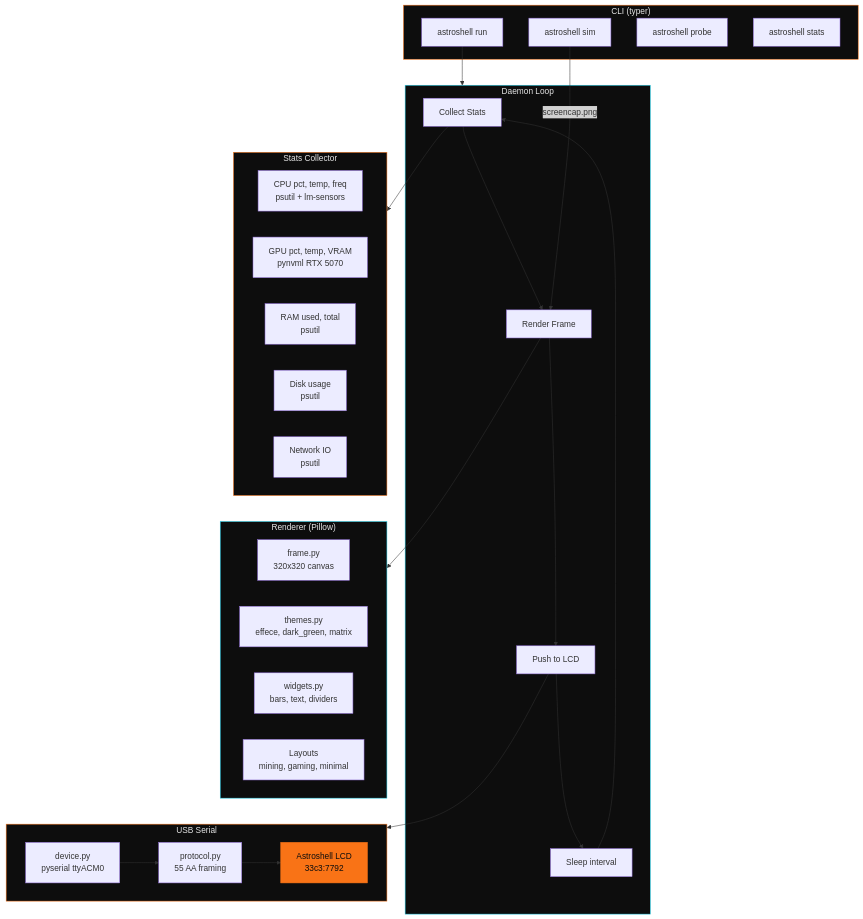
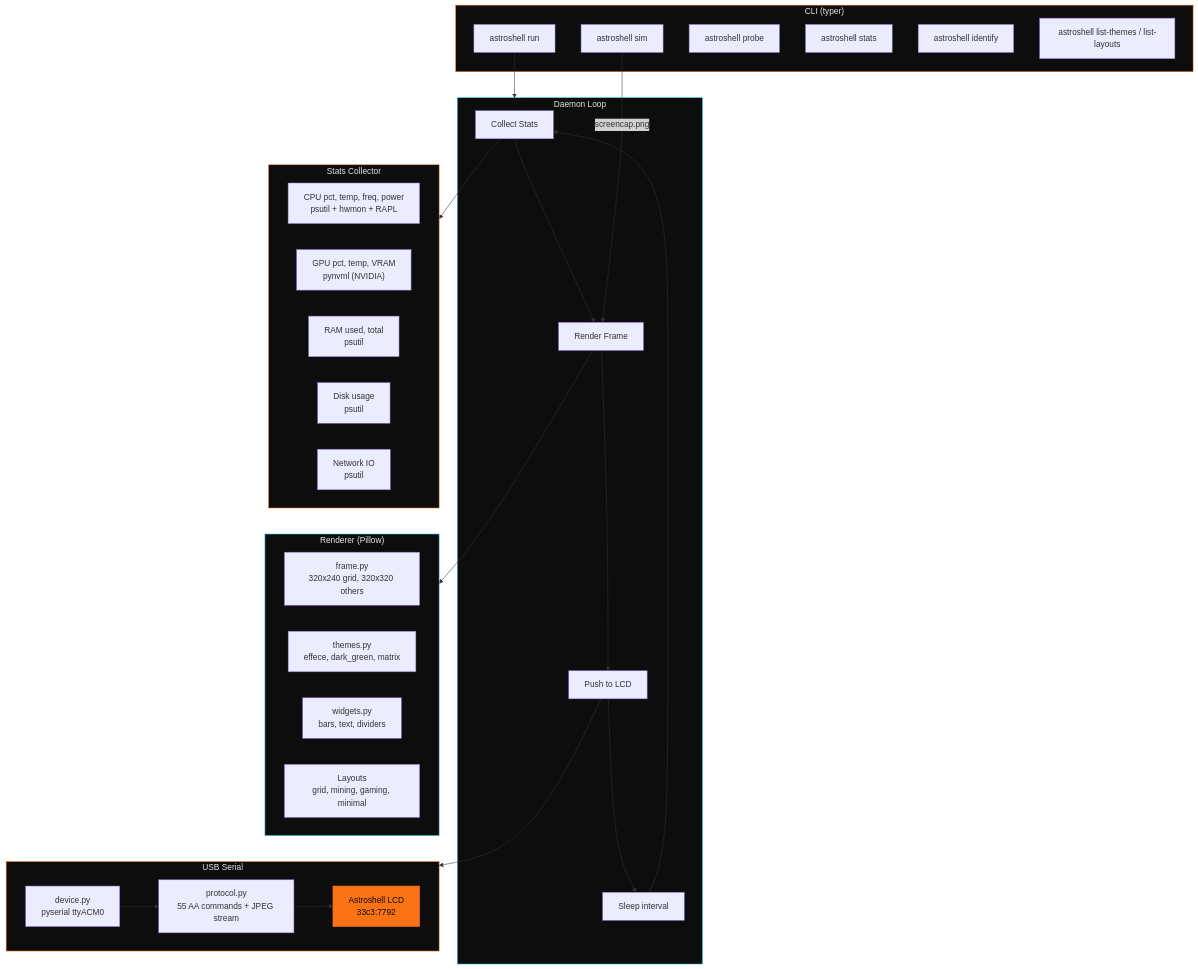
One commit to effecet/astroshell-lcd changed the diagram in docs/architecture.md. Above: the diagram before and after it, drawn with Mermaid. The commit also changed 7 other files, not shown here.

````diff
--- a/docs/architecture.md
+++ b/docs/architecture.md
@@ -3,52 +3,54 @@
 ```mermaid
 graph TD
     subgraph CLI["CLI (typer)"]
         RUN["astroshell run"]
         SIM["astroshell sim"]
         PROBE["astroshell probe"]
         STATS["astroshell stats"]
+        IDENT["astroshell identify"]
+        LIST["astroshell list-themes / list-layouts"]
     end
 
     subgraph DAEMON["Daemon Loop"]
         COLLECT["Collect Stats"]
         RENDER["Render Frame"]
         PUSH["Push to LCD"]
         SLEEP["Sleep interval"]
         COLLECT --> RENDER --> PUSH --> SLEEP --> COLLECT
     end
 
     subgraph STATS_LAYER["Stats Collector"]
-        CPU["CPU pct, temp, freq<br/>psutil + lm-sensors"]
-        GPU["GPU pct, temp, VRAM<br/>pynvml RTX 5070"]
+        CPU["CPU pct, temp, freq, power<br/>psutil + hwmon + RAPL"]
+        GPU["GPU pct, temp, VRAM<br/>pynvml (NVIDIA)"]
         RAM["RAM used, total<br/>psutil"]
         DISK["Disk usage<br/>psutil"]
         NET["Network IO<br/>psutil"]
     end
 
     subgraph RENDERER["Renderer (Pillow)"]
-        FRAME["frame.py<br/>320x320 canvas"]
+        FRAME["frame.py<br/>320x240 grid, 320x320 others"]
         THEMES["themes.py<br/>effece, dark_green, matrix"]
         WIDGETS["widgets.py<br/>bars, text, dividers"]
-        LAYOUTS["Layouts<br/>mining, gaming, minimal"]
+        LAYOUTS["Layouts<br/>grid, mining, gaming, minimal"]
     end
 
     subgraph USB["USB Serial"]
         DEVICE["device.py<br/>pyserial ttyACM0"]
-        PROTO["protocol.py<br/>55 AA framing"]
+        PROTO["protocol.py<br/>55 AA commands + JPEG stream"]
         LCD["Astroshell LCD<br/>33c3:7792"]
     end
 
     RUN --> DAEMON
     SIM -->|screencap.png| RENDER
     COLLECT --> STATS_LAYER
     RENDER --> RENDERER
     PUSH --> USB
     DEVICE --> PROTO --> LCD
 
     style CLI fill:#0d0d0d,stroke:#f97316,color:#e5e5e5
     style DAEMON fill:#0d0d0d,stroke:#22d3ee,color:#e5e5e5
     style STATS_LAYER fill:#0d0d0d,stroke:#f97316,color:#e5e5e5
     style RENDERER fill:#0d0d0d,stroke:#22d3ee,color:#e5e5e5
     style USB fill:#0d0d0d,stroke:#f97316,color:#e5e5e5
     style LCD fill:#f97316,stroke:#f97316,color:#0d0d0d
 ```
````
